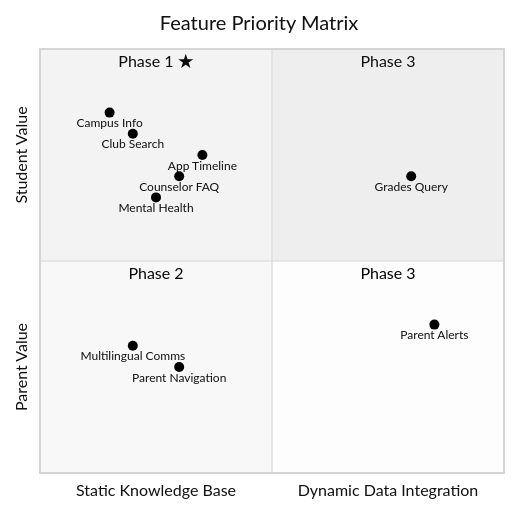
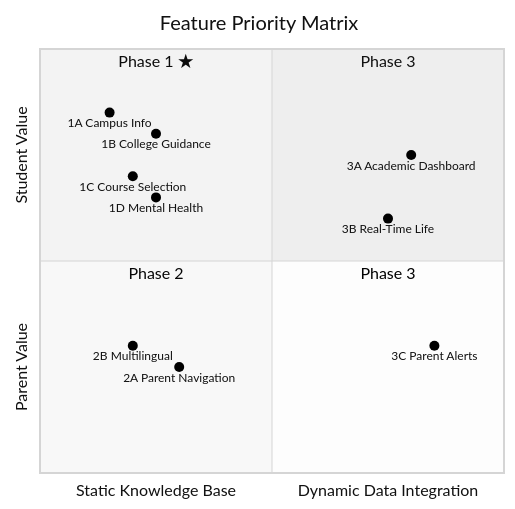
One commit to szkangjian/webb-ai changed the first of 2 diagrams in docs/roadmap.md. Above: the diagram before and after it, drawn with Mermaid (neutral theme). The commit also changed other lines of this file and 1 other file, not shown here.

First line of the commit message:
Add detailed feature scenarios and sub-phases to roadmap (EN/ZH)

````diff
--- a/docs/roadmap.md
+++ b/docs/roadmap.md
@@ -13,19 +13,19 @@
 ```mermaid
 quadrantChart
     title Feature Priority Matrix
     x-axis "Static Knowledge Base" --> "Dynamic Data Integration"
     y-axis "Parent Value" --> "Student Value"
     quadrant-1 "Phase 3"
     quadrant-2 "Phase 1 ★"
     quadrant-3 "Phase 2"
     quadrant-4 "Phase 3"
-    "Campus Info": [0.15, 0.85]
-    "Club Search": [0.20, 0.80]
-    "Counselor FAQ": [0.30, 0.70]
-    "App Timeline": [0.35, 0.75]
-    "Mental Health": [0.25, 0.65]
-    "Multilingual Comms": [0.20, 0.30]
-    "Parent Navigation": [0.30, 0.25]
-    "Grades Query": [0.80, 0.70]
-    "Parent Alerts": [0.85, 0.35]
+    "1A Campus Info": [0.15, 0.85]
+    "1B College Guidance": [0.25, 0.80]
+    "1C Course Selection": [0.20, 0.70]
+    "1D Mental Health": [0.25, 0.65]
+    "2A Parent Navigation": [0.30, 0.25]
+    "2B Multilingual": [0.20, 0.30]
+    "3A Academic Dashboard": [0.80, 0.75]
+    "3B Real-Time Life": [0.75, 0.60]
+    "3C Parent Alerts": [0.85, 0.30]
 ```
````
